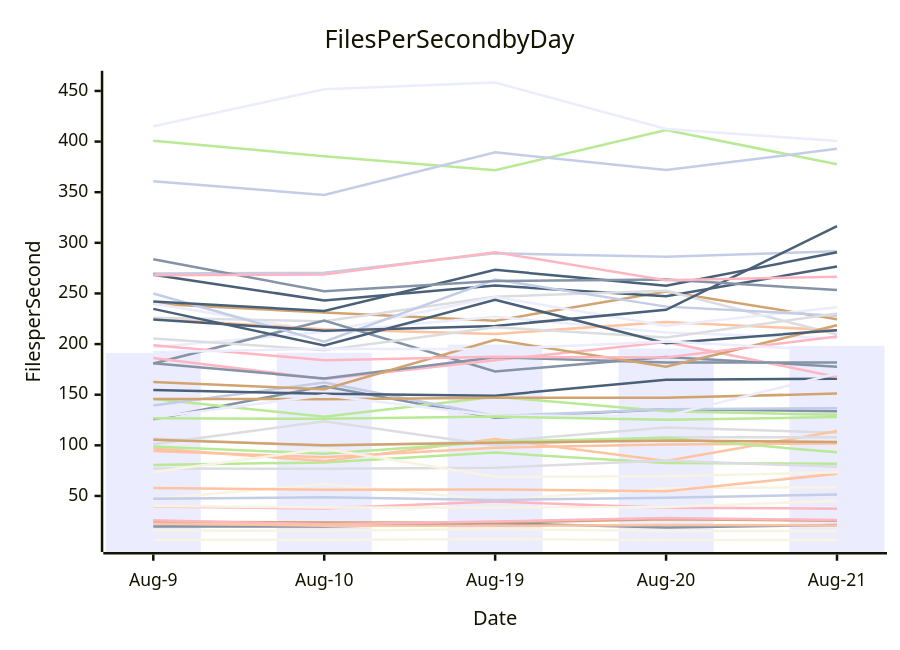
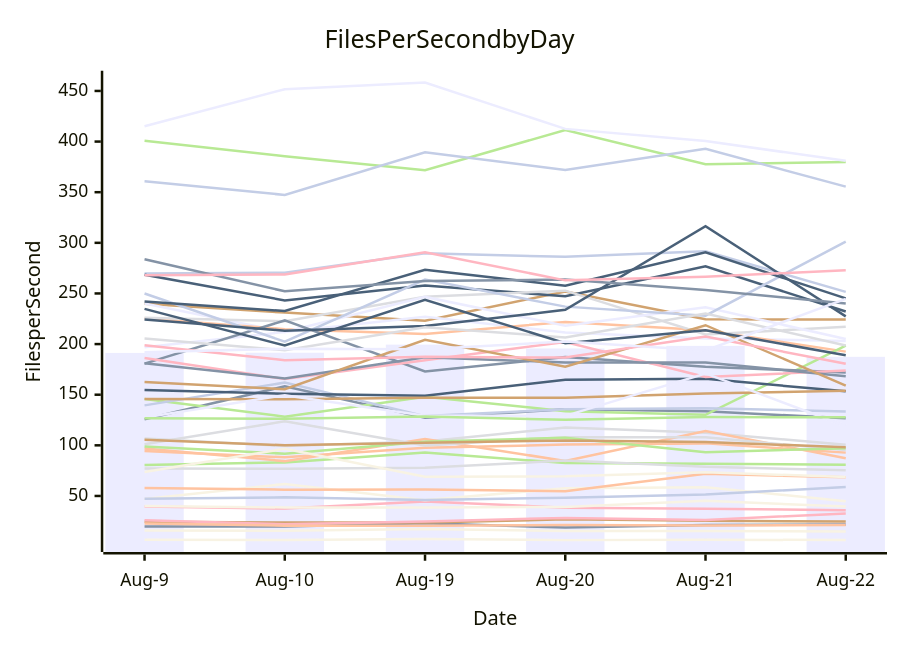
Before and after one commit to streetsidesoftware/cspell: the diagram in perf-report.md, drawn with Mermaid. The commit also changed other lines of this file and 2 other files, not shown here.

````diff
--- a/perf-report.md
+++ b/perf-report.md
@@ -11,57 +11,57 @@
 ```mermaid
 xychart-beta
     title Files Per Second by Day
     y-axis Files per Second
-    x-axis Date [Aug-9, Aug-10, Aug-19, Aug-20, Aug-21]
-    bar [191.27, 191.48, 199.45, 195.67, 198.22]
-    line [19.76, 19.87, 23.15, 18.80, 21.30]
-    line [94.45, 88.13, 97.66, 100.71, 101.93]
-    line [106.66, 99.38, 103.80, 117.71, 112.47]
-    line [80.61, 83.15, 92.81, 82.44, 81.86]
-    line [239.79, 231.09, 223.10, 252.00, 224.60]
-    line [269.81, 270.47, 289.77, 286.14, 291.59]
-    line [39.52, 37.52, 44.46, 38.46, 37.42]
-    line [268.54, 243.09, 257.77, 247.18, 276.72]
-    line [6.78, 6.60, 7.51, 6.38, 6.72]
-    line [240.17, 211.99, 227.00, 211.38, 205.51]
-    line [125.68, 158.27, 127.25, 135.61, 133.76]
-    line [225.24, 214.74, 210.02, 221.88, 213.58]
-    line [225.91, 222.58, 246.74, 252.74, 209.47]
-    line [145.75, 128.32, 148.05, 133.76, 130.09]
-    line [24.65, 23.72, 23.68, 26.94, 25.51]
-    line [139.45, 161.93, 128.87, 135.71, 136.66]
-    line [25.95, 22.03, 24.86, 28.29, 26.21]
-    line [154.75, 150.93, 149.02, 164.86, 165.64]
-    line [15.80, 15.53, 17.25, 15.28, 15.49]
-    line [196.97, 211.99, 246.59, 218.10, 236.31]
-    line [180.75, 223.35, 172.94, 187.16, 177.68]
-    line [96.93, 84.41, 106.12, 84.61, 114.12]
-    line [77.16, 76.75, 77.91, 84.91, 78.76]
-    line [400.74, 385.62, 371.65, 411.46, 377.61]
-    line [145.79, 145.58, 147.10, 147.08, 151.07]
-    line [249.96, 202.34, 263.67, 236.99, 228.06]
-    line [186.27, 165.43, 184.07, 202.12, 167.51]
-    line [224.37, 213.27, 217.89, 233.79, 316.48]
-    line [47.00, 61.84, 45.89, 57.63, 58.67]
-    line [127.47, 149.55, 129.16, 129.10, 170.99]
-    line [181.18, 166.12, 186.93, 181.85, 181.88]
-    line [57.90, 56.15, 56.35, 54.76, 71.89]
-    line [101.07, 123.80, 99.87, 108.06, 107.98]
-    line [98.84, 91.76, 103.43, 107.49, 93.08]
-    line [162.48, 155.40, 204.32, 177.59, 218.64]
-    line [360.76, 347.31, 389.41, 371.89, 392.82]
-    line [198.91, 184.05, 187.41, 186.67, 207.48]
-    line [242.10, 232.62, 273.32, 257.69, 290.62]
-    line [73.60, 96.61, 68.89, 69.48, 73.38]
-    line [415.14, 451.69, 458.22, 412.53, 400.53]
-    line [283.77, 252.09, 262.36, 263.68, 253.37]
-    line [22.84, 20.59, 20.47, 21.22, 20.90]
-    line [205.56, 193.98, 216.67, 206.61, 230.20]
-    line [126.64, 126.17, 128.45, 125.27, 127.94]
-    line [105.46, 100.11, 102.43, 104.89, 103.21]
-    line [47.26, 48.66, 46.00, 48.26, 51.42]
-    line [268.09, 268.70, 290.78, 262.94, 266.60]
-    line [234.76, 198.61, 243.75, 200.90, 213.71]
-    line [39.98, 38.63, 38.64, 39.11, 45.24]
-    line [192.03, 195.48, 194.87, 202.54, 193.62]
+    x-axis Date [Aug-9, Aug-10, Aug-19, Aug-20, Aug-21, Aug-22]
+    bar [191.27, 191.48, 199.45, 195.67, 198.22, 187.40]
+    line [19.76, 19.87, 23.15, 18.80, 21.30, 21.70]
+    line [94.45, 88.13, 97.66, 100.71, 101.93, 92.80]
+    line [106.66, 99.38, 103.80, 117.71, 112.47, 100.50]
+    line [80.61, 83.15, 92.81, 82.44, 81.86, 80.75]
+    line [239.79, 231.09, 223.10, 252.00, 224.60, 224.17]
+    line [269.81, 270.47, 289.77, 286.14, 291.59, 251.52]
+    line [39.52, 37.52, 44.46, 38.46, 37.42, 35.96]
+    line [268.54, 243.09, 257.77, 247.18, 276.72, 232.23]
+    line [6.78, 6.60, 7.51, 6.38, 6.72, 6.55]
+    line [240.17, 211.99, 227.00, 211.38, 205.51, 203.10]
+    line [125.68, 158.27, 127.25, 135.61, 133.76, 126.70]
+    line [225.24, 214.74, 210.02, 221.88, 213.58, 192.56]
+    line [225.91, 222.58, 246.74, 252.74, 209.47, 217.12]
+    line [145.75, 128.32, 148.05, 133.76, 130.09, 198.58]
+    line [24.65, 23.72, 23.68, 26.94, 25.51, 24.79]
+    line [139.45, 161.93, 128.87, 135.71, 136.66, 133.36]
+    line [25.95, 22.03, 24.86, 28.29, 26.21, 32.71]
+    line [154.75, 150.93, 149.02, 164.86, 165.64, 153.35]
+    line [15.80, 15.53, 17.25, 15.28, 15.49, 14.84]
+    line [196.97, 211.99, 246.59, 218.10, 236.31, 204.94]
+    line [180.75, 223.35, 172.94, 187.16, 177.68, 172.01]
+    line [96.93, 84.41, 106.12, 84.61, 114.12, 87.31]
+    line [77.16, 76.75, 77.91, 84.91, 78.76, 75.34]
+    line [400.74, 385.62, 371.65, 411.46, 377.61, 379.88]
+    line [145.79, 145.58, 147.10, 147.08, 151.07, 153.94]
+    line [249.96, 202.34, 263.67, 236.99, 228.06, 301.20]
+    line [186.27, 165.43, 184.07, 202.12, 167.51, 173.85]
+    line [224.37, 213.27, 217.89, 233.79, 316.48, 227.32]
+    line [47.00, 61.84, 45.89, 57.63, 58.67, 44.77]
+    line [127.47, 149.55, 129.16, 129.10, 170.99, 119.13]
+    line [181.18, 166.12, 186.93, 181.85, 181.88, 168.34]
+    line [57.90, 56.15, 56.35, 54.76, 71.89, 68.47]
+    line [101.07, 123.80, 99.87, 108.06, 107.98, 95.34]
+    line [98.84, 91.76, 103.43, 107.49, 93.08, 97.11]
+    line [162.48, 155.40, 204.32, 177.59, 218.64, 159.00]
+    line [360.76, 347.31, 389.41, 371.89, 392.82, 355.53]
+    line [198.91, 184.05, 187.41, 186.67, 207.48, 180.49]
+    line [242.10, 232.62, 273.32, 257.69, 290.62, 245.10]
+    line [73.60, 96.61, 68.89, 69.48, 73.38, 68.77]
+    line [415.14, 451.69, 458.22, 412.53, 400.53, 380.98]
+    line [283.77, 252.09, 262.36, 263.68, 253.37, 240.18]
+    line [22.84, 20.59, 20.47, 21.22, 20.90, 21.42]
+    line [205.56, 193.98, 216.67, 206.61, 230.20, 198.53]
+    line [126.64, 126.17, 128.45, 125.27, 127.94, 127.77]
+    line [105.46, 100.11, 102.43, 104.89, 103.21, 98.21]
+    line [47.26, 48.66, 46.00, 48.26, 51.42, 58.83]
+    line [268.09, 268.70, 290.78, 262.94, 266.60, 272.93]
+    line [234.76, 198.61, 243.75, 200.90, 213.71, 188.91]
+    line [39.98, 38.63, 38.64, 39.11, 45.24, 39.50]
+    line [192.03, 195.48, 194.87, 202.54, 193.62, 244.63]
 ```
````
